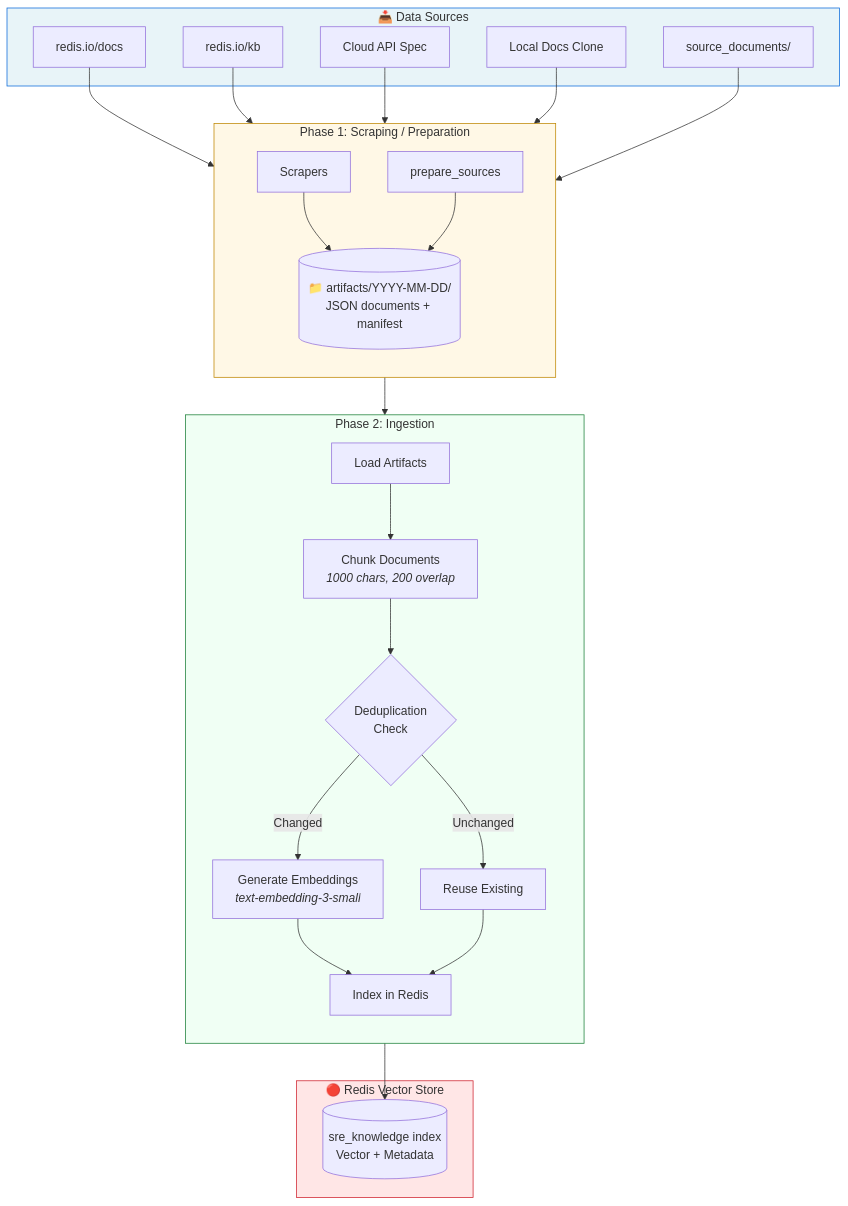
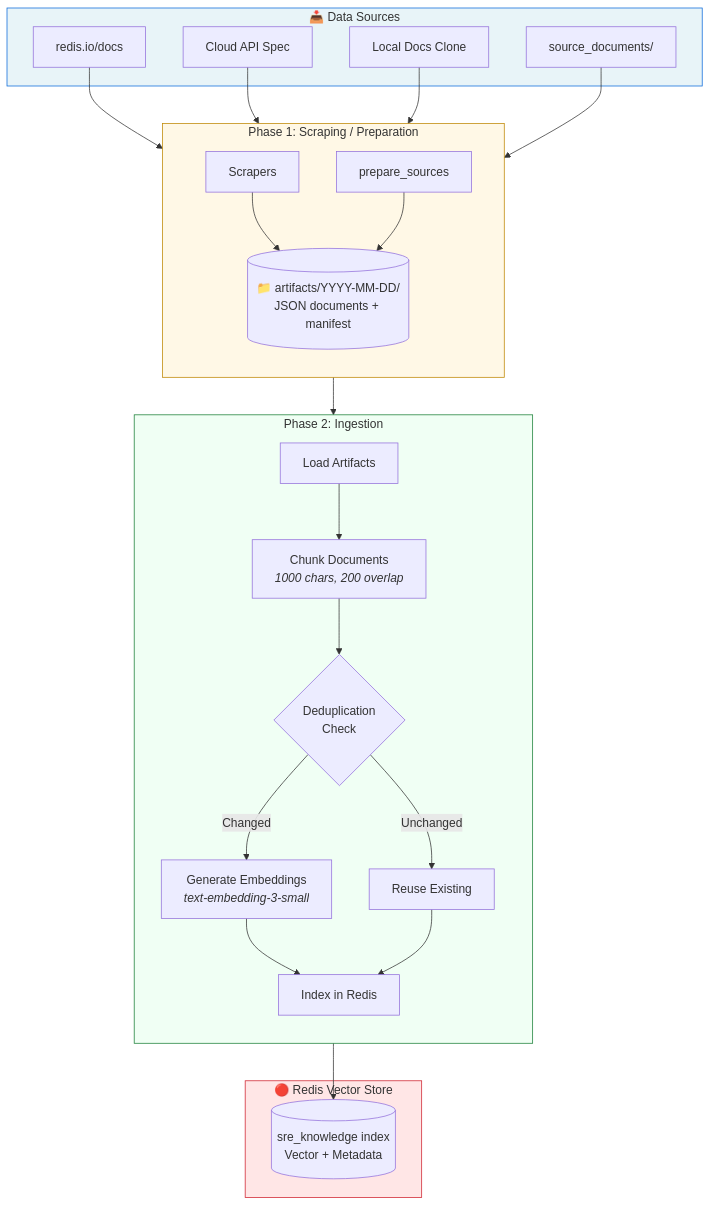
Before and after one commit to redis-applied-ai/redis-sre-agent: the diagram in docs/how-to/pipelines.md, drawn with Mermaid. The commit also changed other lines of this file and 30 other files, not shown here.

````diff
--- a/docs/how-to/pipelines.md
+++ b/docs/how-to/pipelines.md
@@ -14,59 +14,57 @@
 ```mermaid
 flowchart TB
     subgraph Sources["📥 Data Sources"]
         WEB["redis.io/docs"]
-        KB["redis.io/kb"]
         API["Cloud API Spec"]
         LOCAL["Local Docs Clone"]
         USER["source_documents/"]
     end
 
     subgraph Phase1["Phase 1: Scraping / Preparation"]
         direction TB
         SCRAPERS["Scrapers"]
         WEB --> SCRAPERS
-        KB --> SCRAPERS
         API --> SCRAPERS
         LOCAL --> SCRAPERS
 
         PREPARE["prepare_sources"]
         USER --> PREPARE
 
         SCRAPERS --> ARTIFACTS
         PREPARE --> ARTIFACTS
 
         ARTIFACTS[("📁 artifacts/YYYY-MM-DD/<br/>JSON documents + manifest")]
     end
 
     subgraph Phase2["Phase 2: Ingestion"]
         direction TB
         LOAD["Load Artifacts"]
         ARTIFACTS --> LOAD
 
         CHUNK["Chunk Documents<br/><i>1000 chars, 200 overlap</i>"]
         LOAD --> CHUNK
 
         DEDUP{"Deduplication<br/>Check"}
         CHUNK --> DEDUP
 
         DEDUP -->|"Changed"| EMBED
         DEDUP -->|"Unchanged"| REUSE["Reuse Existing"]
 
         EMBED["Generate Embeddings<br/><i>text-embedding-3-small</i>"]
 
         EMBED --> INDEX
         REUSE --> INDEX
         INDEX["Index in Redis"]
     end
 
     subgraph Redis["🔴 Redis Vector Store"]
         VEC[("sre_knowledge index<br/>Vector + Metadata")]
     end
 
     INDEX --> VEC
 
     style Sources fill:#e8f4f8,stroke:#0969da
     style Phase1 fill:#fff8e6,stroke:#bf8700
     style Phase2 fill:#f0fff4,stroke:#1a7f37
     style Redis fill:#ffe6e6,stroke:#cf222e
 ```
````
